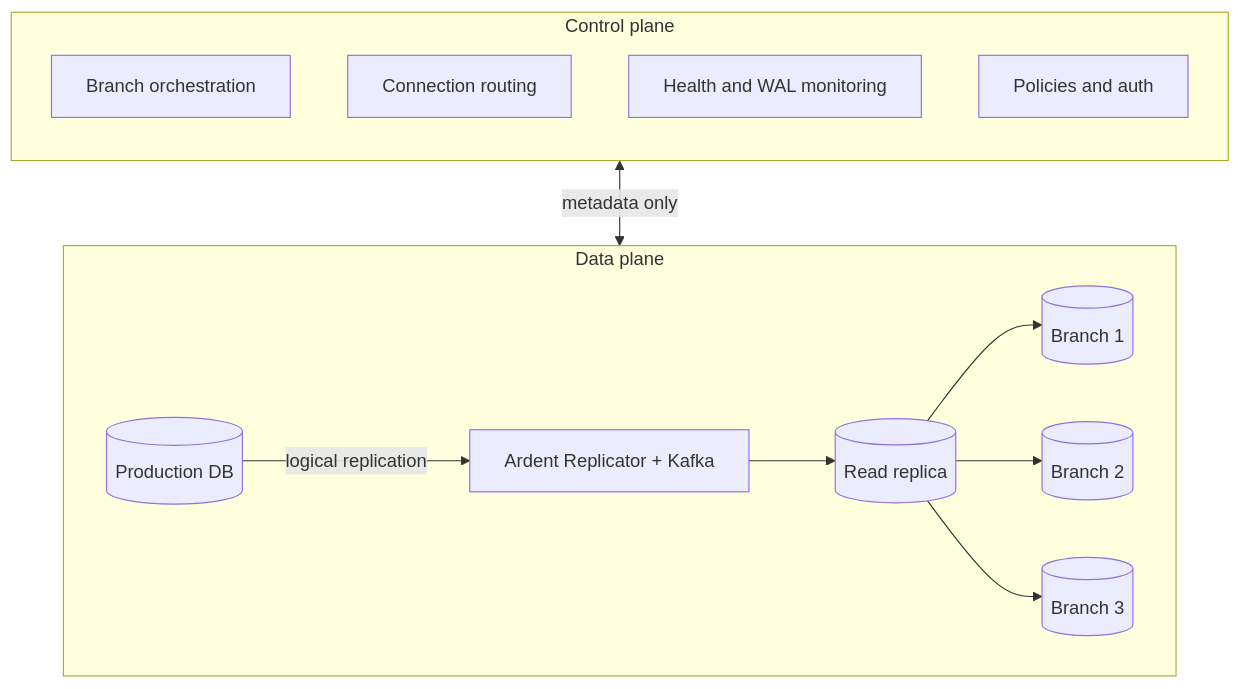
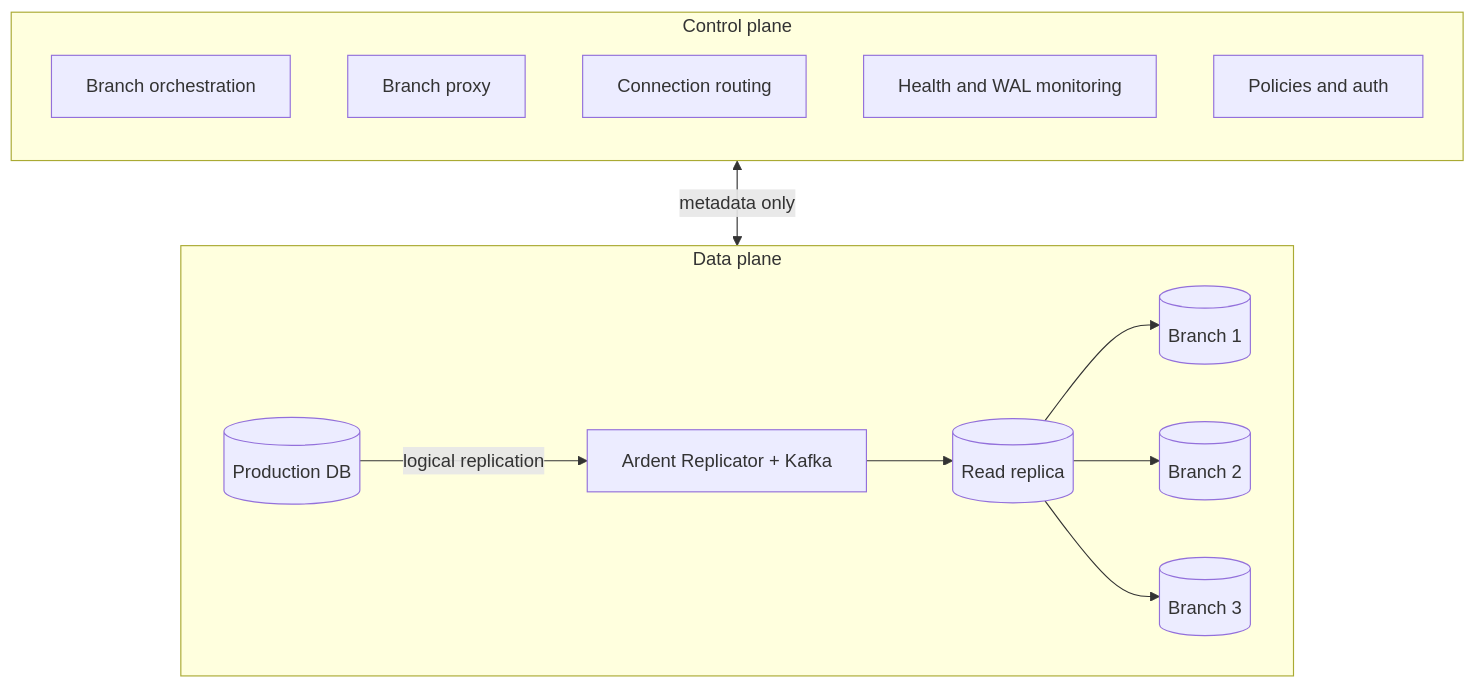
The diagram in architecture.mdx (ArdentAILabs/docs), drawn with Mermaid before and after one commit. The commit also changed other lines of this file and 4 other files, not shown here.

First line of the commit message:
docs: security, architecture, and CI/CD updates

````diff
--- a/architecture.mdx
+++ b/architecture.mdx
@@ -15,20 +15,21 @@
 ```mermaid actions={false}
 %%{init: {'themeCSS': ".cluster > rect { min-width: 42rem; }"}}%%
 flowchart TB
     subgraph CP["Control plane"]
         direction TB
         ORCH["Branch orchestration"]
+        PRXY["Branch proxy"]
         ROUTE["Connection routing"]
         HEALTH["Health and WAL monitoring"]
         POL["Policies and auth"]
     end
     subgraph DP["Data plane"]
         direction LR
         PROD[("Production DB")] -->|logical replication| AR["Ardent Replicator + Kafka"]
         AR --> REP[("Read replica")]
         REP --> B1[("Branch 1")]
         REP --> B2[("Branch 2")]
         REP --> B3[("Branch 3")]
     end
     CP <-->|metadata only| DP
 ```
````
